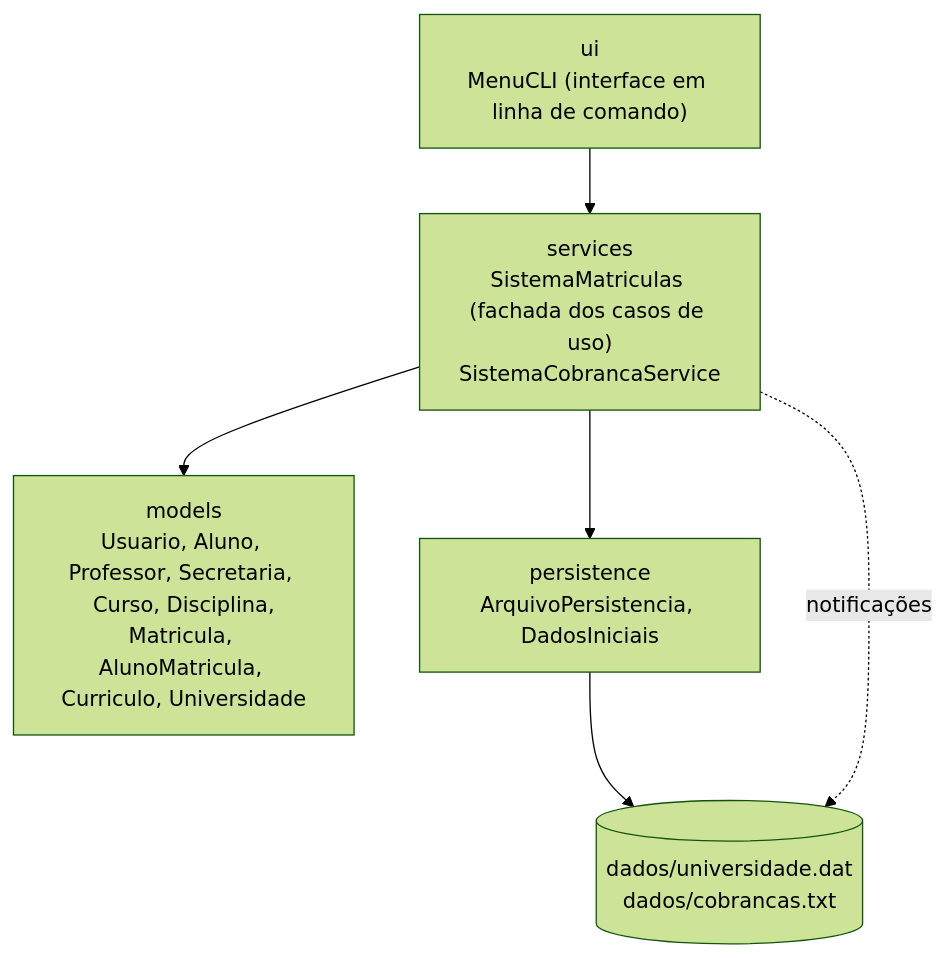
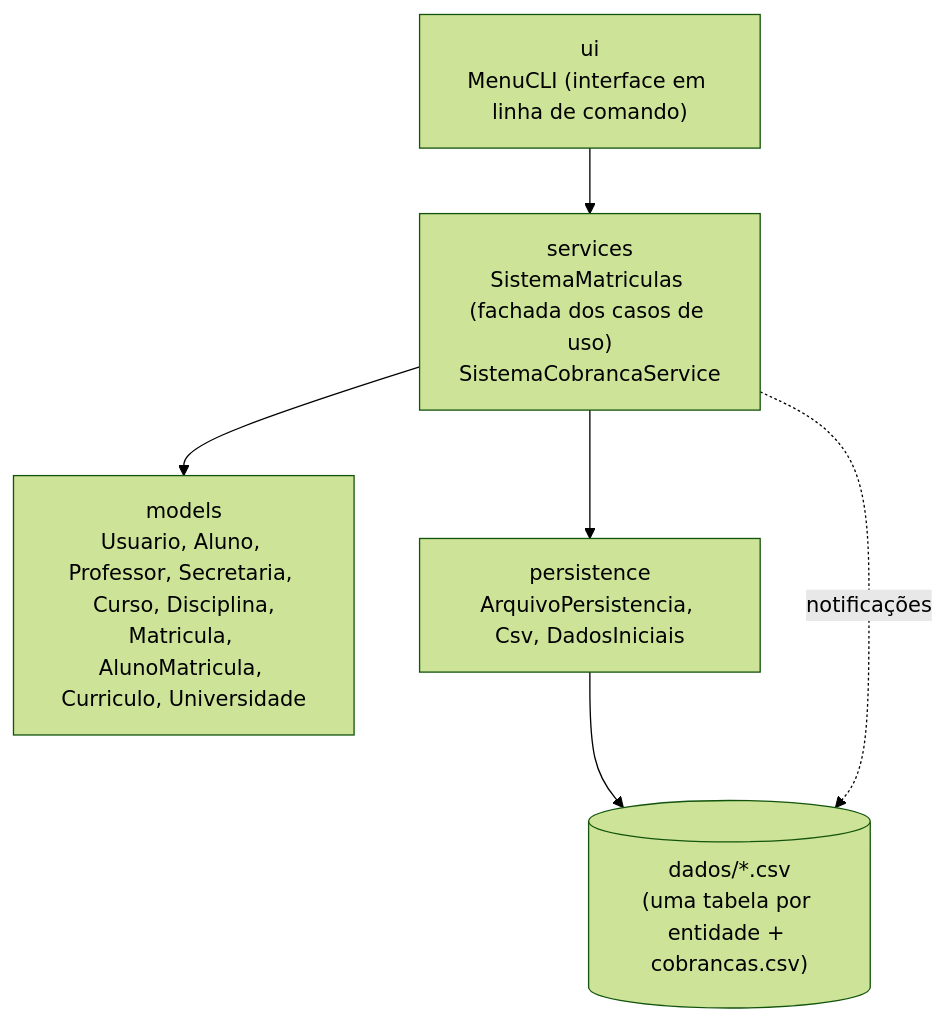
Before and after one commit to LucasTameirao/Matricula-de-faculdade: the second of 2 diagrams in README.md, drawn with Mermaid (forest theme). The commit also changed other lines of this file and 28 other files, not shown here.

First line of the commit message:
Persistência em banco de dados CSV, dados de exemplo e manual de uso

````diff
--- a/README.md
+++ b/README.md
@@ -343,14 +355,14 @@
 ```mermaid
 flowchart TD
     UI["ui<br/>MenuCLI (interface em linha de comando)"]
     SRV["services<br/>SistemaMatriculas (fachada dos casos de uso)<br/>SistemaCobrancaService"]
     MOD["models<br/>Usuario, Aluno, Professor, Secretaria, Curso, Disciplina,<br/>Matricula, AlunoMatricula, Curriculo, Universidade"]
-    PER["persistence<br/>ArquivoPersistencia, DadosIniciais"]
-    ARQ[("dados/universidade.dat<br/>dados/cobrancas.txt")]
+    PER["persistence<br/>ArquivoPersistencia, Csv, DadosIniciais"]
+    ARQ[("dados/*.csv<br/>(uma tabela por entidade + cobrancas.csv)")]
 
     UI --> SRV
     SRV --> MOD
     SRV --> PER
     PER --> ARQ
     SRV -. notificações .-> ARQ
 ```
````
